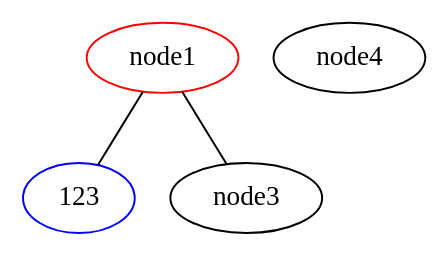
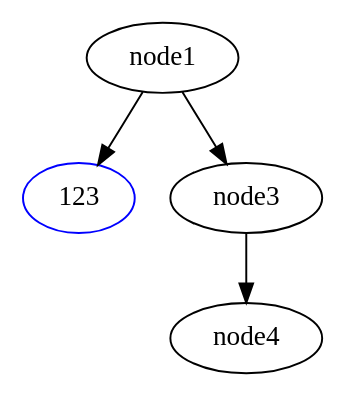
Before and after one commit to acachadina/6CCS3MDE_Coursework: the diagram in 2021-dot-runtime/TestDot/src/test.dot, drawn with Graphviz. The commit also changed 13 other files, not shown here.

```diff
--- a/2021-dot-runtime/TestDot/src/test.dot
+++ b/2021-dot-runtime/TestDot/src/test.dot
@@ -1,9 +1,10 @@
-graph anna {
-	node1 [color = red, label=node1]
+digraph anna {
+	node1 [fillColor = red, lineColor=blue]
 	node2 [color=blue, marta=hola, label=123]
 	node3 
 	node4
 	
-	node1 -- {node2 node3}
+	node1 -> {node2 node3}
+	node3 -> node4
 	
 }
```
